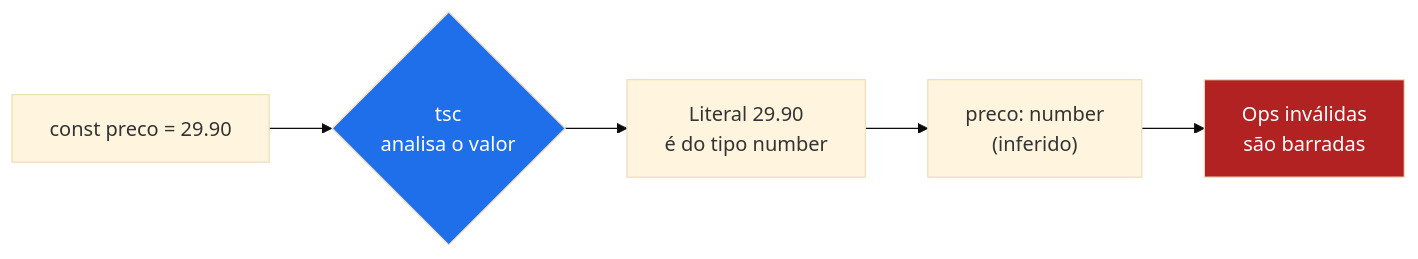
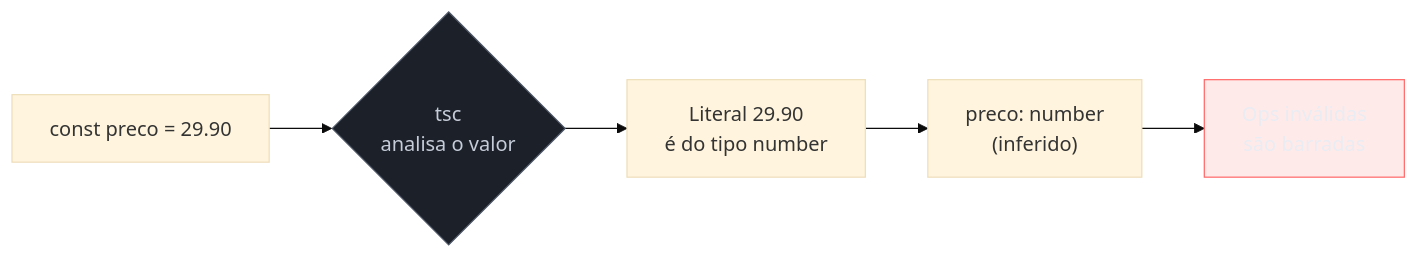
One commit to josenaldo/codex-technomanticus changed the first of 4 diagrams in 03-Dominios/Tecnologia/TypeScript/02 - Tipos primitivos, literais e inferência.md. Above: the diagram before and after it, drawn with Mermaid (base theme). The commit also changed other lines of this file and 1181 other files, not shown here.

First line of the commit message:
fix(diagramas): paleta do sistema no lugar de cor cravada no markdown

````diff
--- a/03-Dominios/Tecnologia/TypeScript/02 - Tipos primitivos, literais e inferência.md
+++ b/03-Dominios/Tecnologia/TypeScript/02 - Tipos primitivos, literais e inferência.md
@@ -74,9 +74,11 @@
 ```mermaid
 flowchart LR
+    classDef neutro fill:#1B2029,stroke:#4E5666,color:#C6CCD8
+    classDef falha fill:#FF6B6B24,stroke:#FF6B6B,color:#E9ECF2
     A["const preco = 29.90"] --> B{"tsc\nanalisa o valor"}
     B --> C["Literal 29.90\né do tipo number"]
     C --> D["preco: number\n(inferido)"]
     D --> E["Ops inválidas\nsão barradas"]
-    style B fill:#1f6feb,color:#fff
-    style E fill:#b22222,color:#fff
+    class B neutro
+    class E falha
 ```
````
